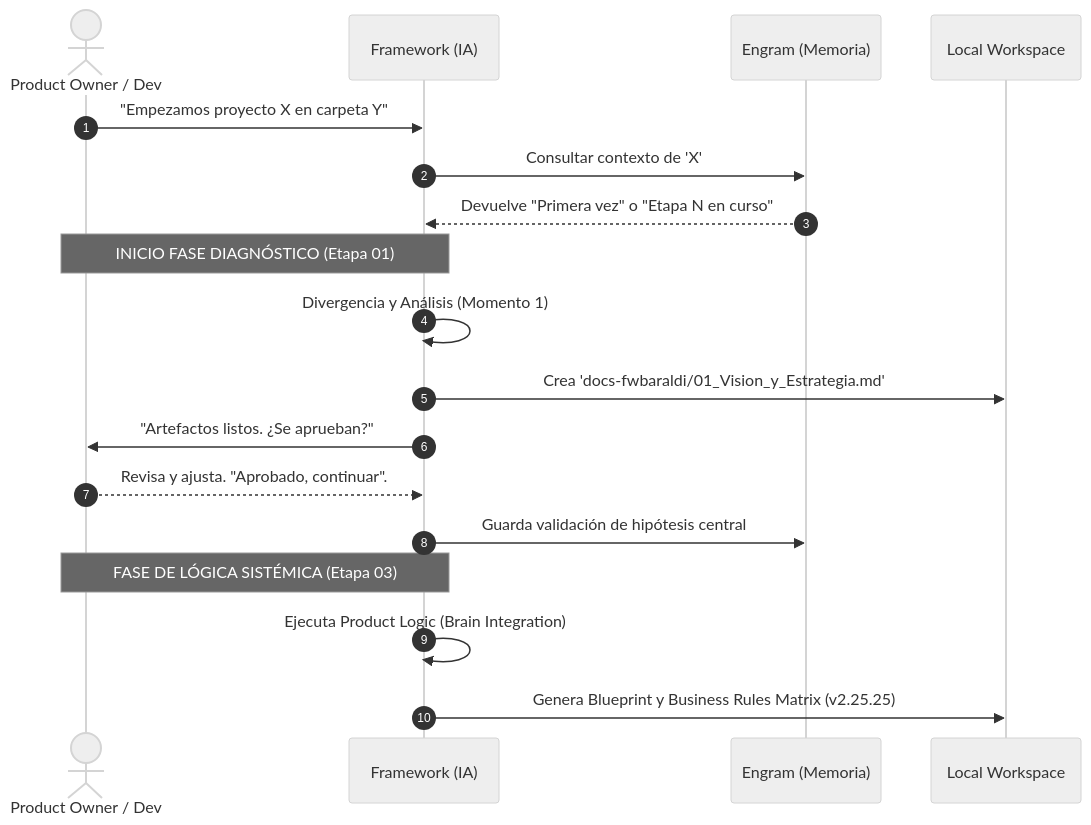
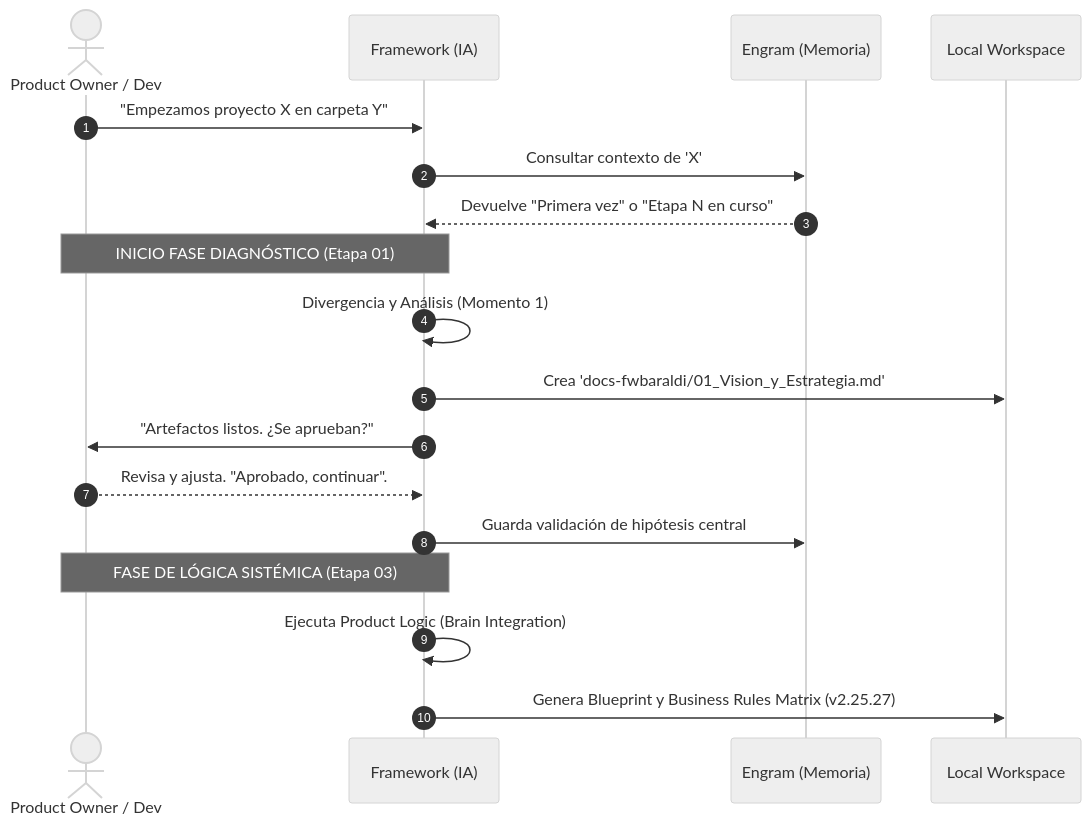
One commit to leobaraldi96/fwbaraldi changed the second of 2 diagrams in ARQUITECTURA_CORE.md. Above: the diagram before and after it, drawn with Mermaid (neutral theme). The commit also changed other lines of this file and 54 other files, not shown here.

````diff
--- a/ARQUITECTURA_CORE.md
+++ b/ARQUITECTURA_CORE.md
@@ -79,26 +79,26 @@
 ```mermaid
 sequenceDiagram
     autonumber
     actor Humano as Product Owner / Dev
     participant IA as Framework (IA)
     participant E as Engram (Memoria)
     participant FS as Local Workspace
 
     Humano->>IA: "Empezamos proyecto X en carpeta Y"
     IA->>E: Consultar contexto de 'X'
     E-->>IA: Devuelve "Primera vez" o "Etapa N en curso"
     
     note over IA,Humano: INICIO FASE DIAGNÓSTICO (Etapa 01)
     IA->>IA: Divergencia y Análisis (Momento 1)
     
     IA->>FS: Crea 'docs-fwbaraldi/01_Vision_y_Estrategia.md'
     IA->>Humano: "Artefactos listos. ¿Se aprueban?"
     
     Humano-->>IA: Revisa y ajusta. "Aprobado, continuar".
     
     IA->>E: Guarda validación de hipótesis central
     
     note over IA,Humano: FASE DE LÓGICA SISTÉMICA (Etapa 03)
     IA->>IA: Ejecuta Product Logic (Brain Integration)
-    IA->>FS: Genera Blueprint y Business Rules Matrix (v2.25.25)
+    IA->>FS: Genera Blueprint y Business Rules Matrix (v2.25.27)
 ```
````
